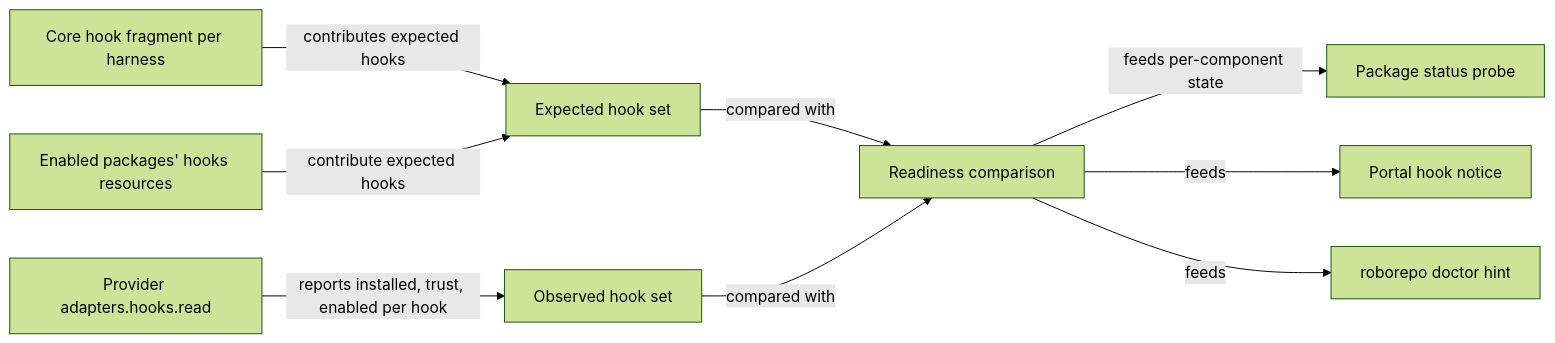
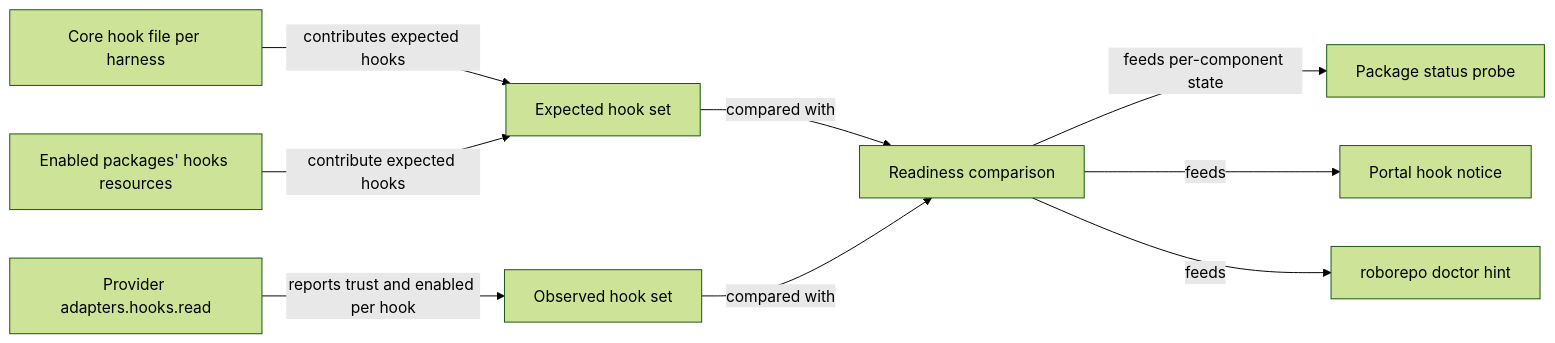
One commit to kirinmurphy/roborepo-alpha changed the diagram in docs/plans/backlog/harness-hook-readiness-provider-adapters.md. Above: the diagram before and after it, drawn with Mermaid (forest theme). The commit also changed other lines of this file, not shown here.

First line of the commit message:
Promote the hook readiness plan with Codex append order and guided review

````diff
--- a/docs/plans/backlog/harness-hook-readiness-provider-adapters.md
+++ b/docs/plans/backlog/harness-hook-readiness-provider-adapters.md
@@ -114,11 +164,11 @@
 ```mermaid
 flowchart LR
-  Core[Core hook fragment per harness] -->|contributes expected hooks| Expected[Expected hook set]
+  Core[Core hook file per harness] -->|contributes expected hooks| Expected[Expected hook set]
   Packages[Enabled packages' hooks resources] -->|contribute expected hooks| Expected
-  Provider[Provider adapters.hooks.read] -->|reports installed, trust, enabled per hook| Observed[Observed hook set]
+  Provider[Provider adapters.hooks.read] -->|reports trust and enabled per hook| Observed[Observed hook set]
   Expected -->|compared with| Compare[Readiness comparison]
   Observed -->|compared with| Compare
   Compare -->|feeds per-component state| PackageStatus[Package status probe]
   Compare -->|feeds| Portal[Portal hook notice]
   Compare -->|feeds| Doctor[roborepo doctor hint]
 ```
````
